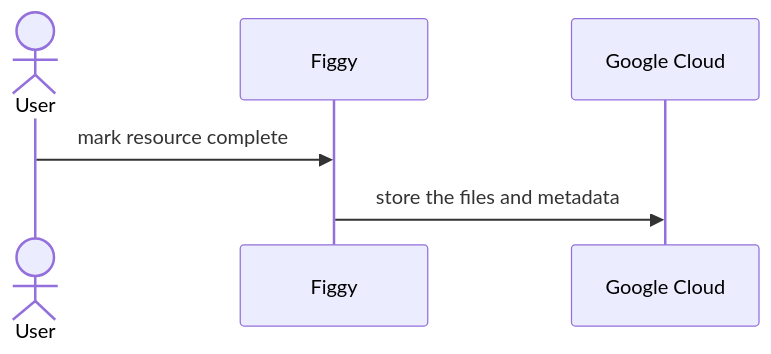
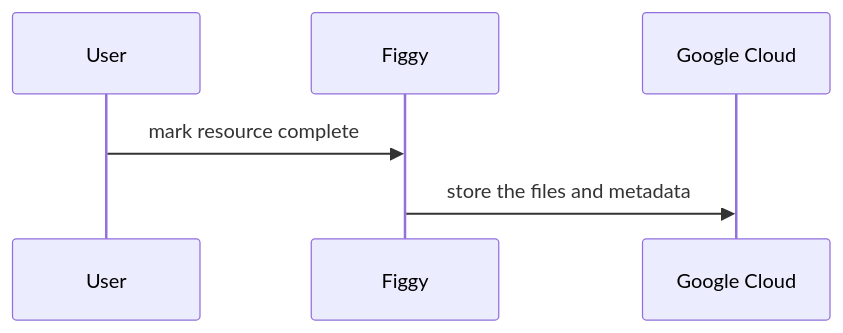
The diagram in docs/technical/preservation/implementation_diagram.md (pulibrary/figgy), drawn with Mermaid before and after one commit. The commit also changed other lines of this file and 1 other file, not shown here.

````diff
--- a/docs/technical/preservation/implementation_diagram.md
+++ b/docs/technical/preservation/implementation_diagram.md
@@ -40,8 +44,8 @@
 ```mermaid
 sequenceDiagram
-  actor User
+  participant User
   participant Figgy as Figgy
   participant GCS as Google Cloud
   User->>Figgy: mark resource complete
   Figgy->>GCS: store the files and metadata
 ```
````
